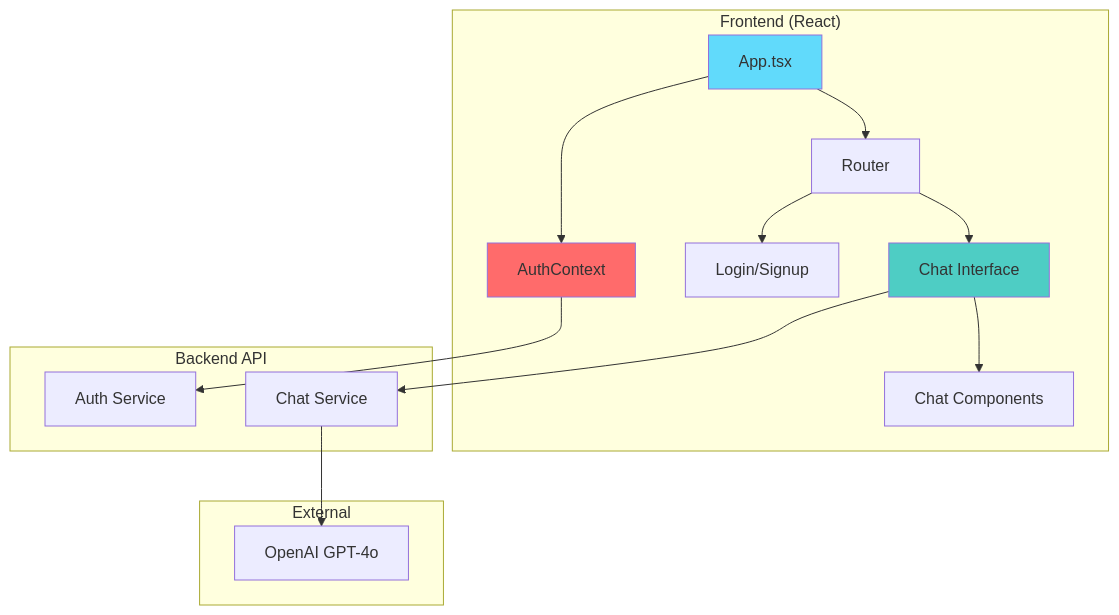
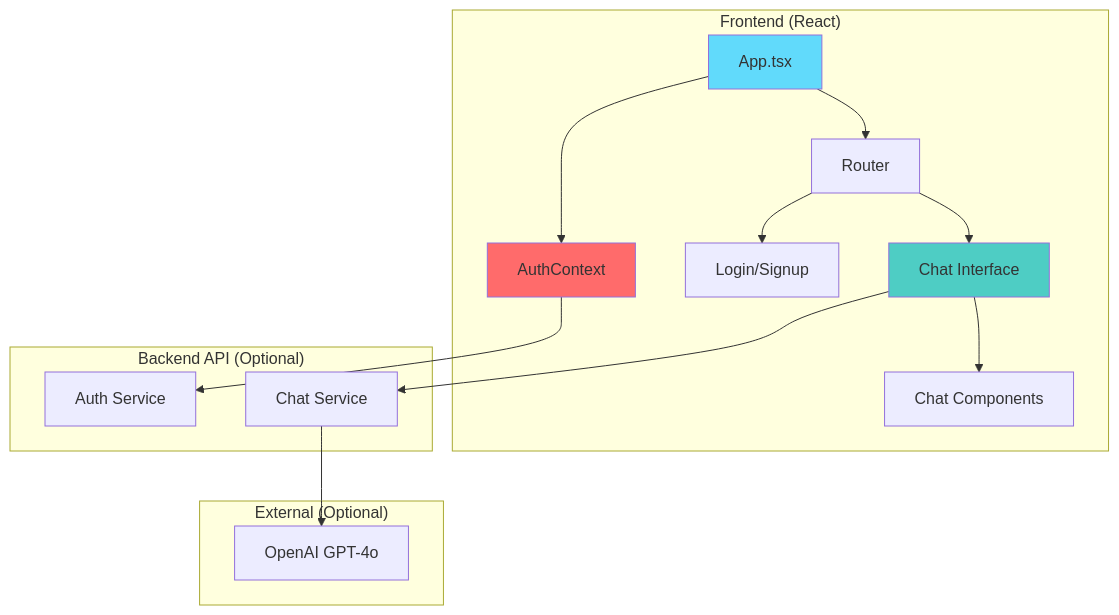
One commit to gaurav-jain01/tryitweb-main changed the diagram in README.md. Above: the diagram before and after it, drawn with Mermaid. The commit also changed other lines of this file and 4 other files, not shown here.

````diff
--- a/README.md
+++ b/README.md
@@ -38,27 +156,27 @@
 ```mermaid
 graph TB
     subgraph "Frontend (React)"
         A[App.tsx] --> B[AuthContext]
         A --> C[Router]
         C --> D[Login/Signup]
         C --> E[Chat Interface]
         E --> F[Chat Components]
     end
     
-    subgraph "Backend API"
+    subgraph "Backend API (Optional)"
         G[Auth Service]
         H[Chat Service]
     end
     
-    subgraph "External"
+    subgraph "External (Optional)"
         I[OpenAI GPT-4o]
     end
     
     B --> G
     E --> H
     H --> I
     
     style A fill:#61dafb
     style B fill:#ff6b6b
     style E fill:#4ecdc4
 ```
````
